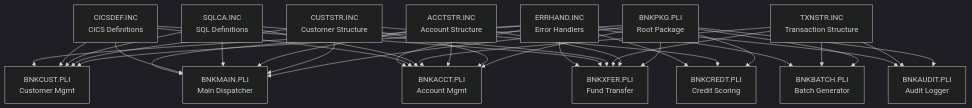
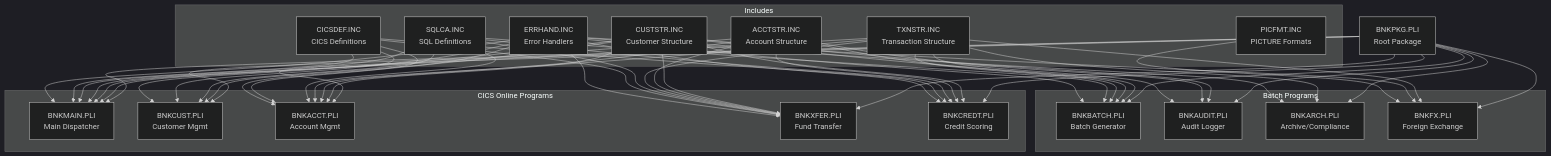
Before and after one commit to markbsigler/Bank-PLI: the diagram in README.md, drawn with Mermaid (dark theme). The commit also changed other lines of this file and 18 other files, not shown here.

````diff
--- a/README.md
+++ b/README.md
@@ -19,59 +19,52 @@
 ```mermaid
 graph TB
+    subgraph Includes
+        CUSTSTR[CUSTSTR.INC<br/>Customer Structure]
+        ACCTSTR[ACCTSTR.INC<br/>Account Structure]
+        TXNSTR[TXNSTR.INC<br/>Transaction Structure]
+        ERRHAND[ERRHAND.INC<br/>Error Handlers]
+        SQLCA[SQLCA.INC<br/>SQL Definitions]
+        CICSDEF[CICSDEF.INC<br/>CICS Definitions]
+        PICFMT[PICFMT.INC<br/>PICTURE Formats]
+    end
+
     BNKPKG[BNKPKG.PLI<br/>Root Package]
-    
-    CUSTSTR[CUSTSTR.INC<br/>Customer Structure]
-    ACCTSTR[ACCTSTR.INC<br/>Account Structure]
-    TXNSTR[TXNSTR.INC<br/>Transaction Structure]
-    ERRHAND[ERRHAND.INC<br/>Error Handlers]
-    SQLCA[SQLCA.INC<br/>SQL Definitions]
-    CICSDEF[CICSDEF.INC<br/>CICS Definitions]
-    
-    BNKMAIN[BNKMAIN.PLI<br/>Main Dispatcher]
-    BNKCUST[BNKCUST.PLI<br/>Customer Mgmt]
-    BNKACCT[BNKACCT.PLI<br/>Account Mgmt]
-    BNKXFER[BNKXFER.PLI<br/>Fund Transfer]
-    BNKBATCH[BNKBATCH.PLI<br/>Batch Generator]
-    BNKCREDT[BNKCREDT.PLI<br/>Credit Scoring]
-    BNKAUDIT[BNKAUDIT.PLI<br/>Audit Logger]
-    
-    BNKPKG --> BNKMAIN
-    BNKPKG --> BNKCUST
-    BNKPKG --> BNKACCT
-    BNKPKG --> BNKXFER
-    BNKPKG --> BNKBATCH
-    BNKPKG --> BNKCREDT
-    BNKPKG --> BNKAUDIT
-    
-    CUSTSTR --> BNKCUST
-    CUSTSTR --> BNKACCT
-    CUSTSTR --> BNKCREDT
-    CUSTSTR --> BNKMAIN
-    
-    ACCTSTR --> BNKACCT
-    ACCTSTR --> BNKXFER
-    ACCTSTR --> BNKMAIN
-    
-    TXNSTR --> BNKACCT
-    TXNSTR --> BNKXFER
-    TXNSTR --> BNKBATCH
-    TXNSTR --> BNKAUDIT
-    
-    SQLCA --> BNKCUST
-    SQLCA --> BNKACCT
-    SQLCA --> BNKXFER
-    SQLCA --> BNKMAIN
-    
-    CICSDEF --> BNKCUST
-    CICSDEF --> BNKACCT
-    CICSDEF --> BNKXFER
-    CICSDEF --> BNKMAIN
-    
-    ERRHAND --> BNKCUST
-    ERRHAND --> BNKACCT
-    ERRHAND --> BNKXFER
-    ERRHAND --> BNKBATCH
-    ERRHAND --> BNKCREDT
-    ERRHAND --> BNKAUDIT
-    ERRHAND --> BNKMAIN
+
+    subgraph "CICS Online Programs"
+        BNKMAIN[BNKMAIN.PLI<br/>Main Dispatcher]
+        BNKCUST[BNKCUST.PLI<br/>Customer Mgmt]
+        BNKACCT[BNKACCT.PLI<br/>Account Mgmt]
+        BNKXFER[BNKXFER.PLI<br/>Fund Transfer]
+        BNKCREDT[BNKCREDT.PLI<br/>Credit Scoring]
+    end
+
+    subgraph "Batch Programs"
+        BNKBATCH[BNKBATCH.PLI<br/>Batch Generator]
+        BNKAUDIT[BNKAUDIT.PLI<br/>Audit Logger]
+        BNKARCH[BNKARCH.PLI<br/>Archive/Compliance]
+        BNKFX[BNKFX.PLI<br/>Foreign Exchange]
+    end
+
+    BNKPKG --> BNKMAIN & BNKCUST & BNKACCT & BNKXFER
+    BNKPKG --> BNKBATCH & BNKCREDT & BNKAUDIT
+    BNKPKG --> BNKARCH & BNKFX
+
+    CUSTSTR --> BNKMAIN & BNKCUST & BNKACCT & BNKXFER
+    CUSTSTR --> BNKBATCH & BNKCREDT & BNKAUDIT
+
+    ACCTSTR --> BNKMAIN & BNKACCT & BNKXFER
+    ACCTSTR --> BNKBATCH & BNKCREDT & BNKAUDIT
+
+    TXNSTR --> BNKMAIN & BNKACCT & BNKXFER
+    TXNSTR --> BNKBATCH & BNKAUDIT & BNKARCH & BNKFX
+
+    SQLCA --> BNKMAIN & BNKCUST & BNKACCT & BNKXFER
+    SQLCA --> BNKBATCH & BNKCREDT
+
+    CICSDEF --> BNKMAIN & BNKCUST & BNKACCT & BNKXFER & BNKCREDT
+
+    ERRHAND --> BNKMAIN & BNKCUST & BNKACCT & BNKXFER
+    ERRHAND --> BNKBATCH & BNKCREDT & BNKARCH & BNKFX
+
+    PICFMT --> BNKFX
 ```
````
